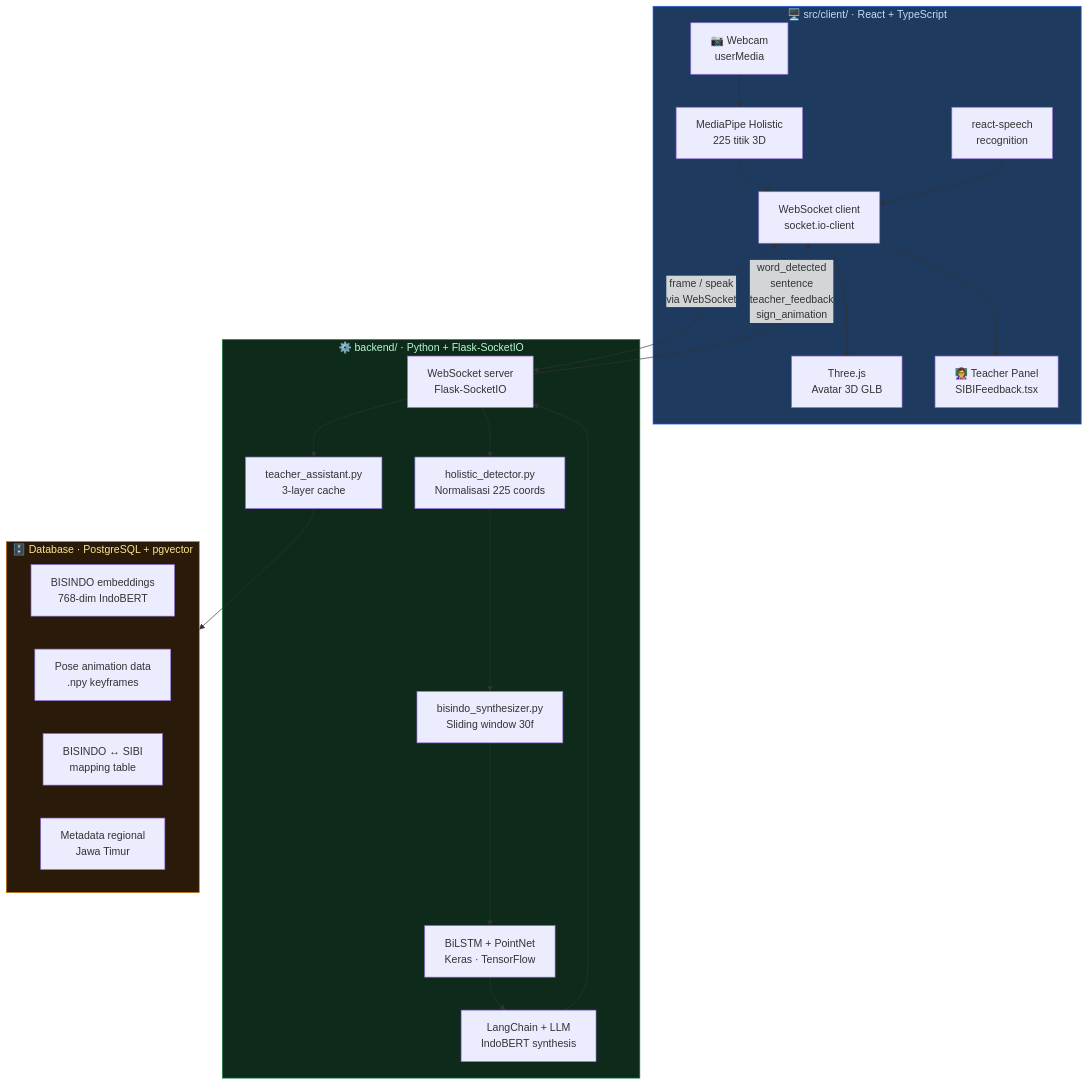
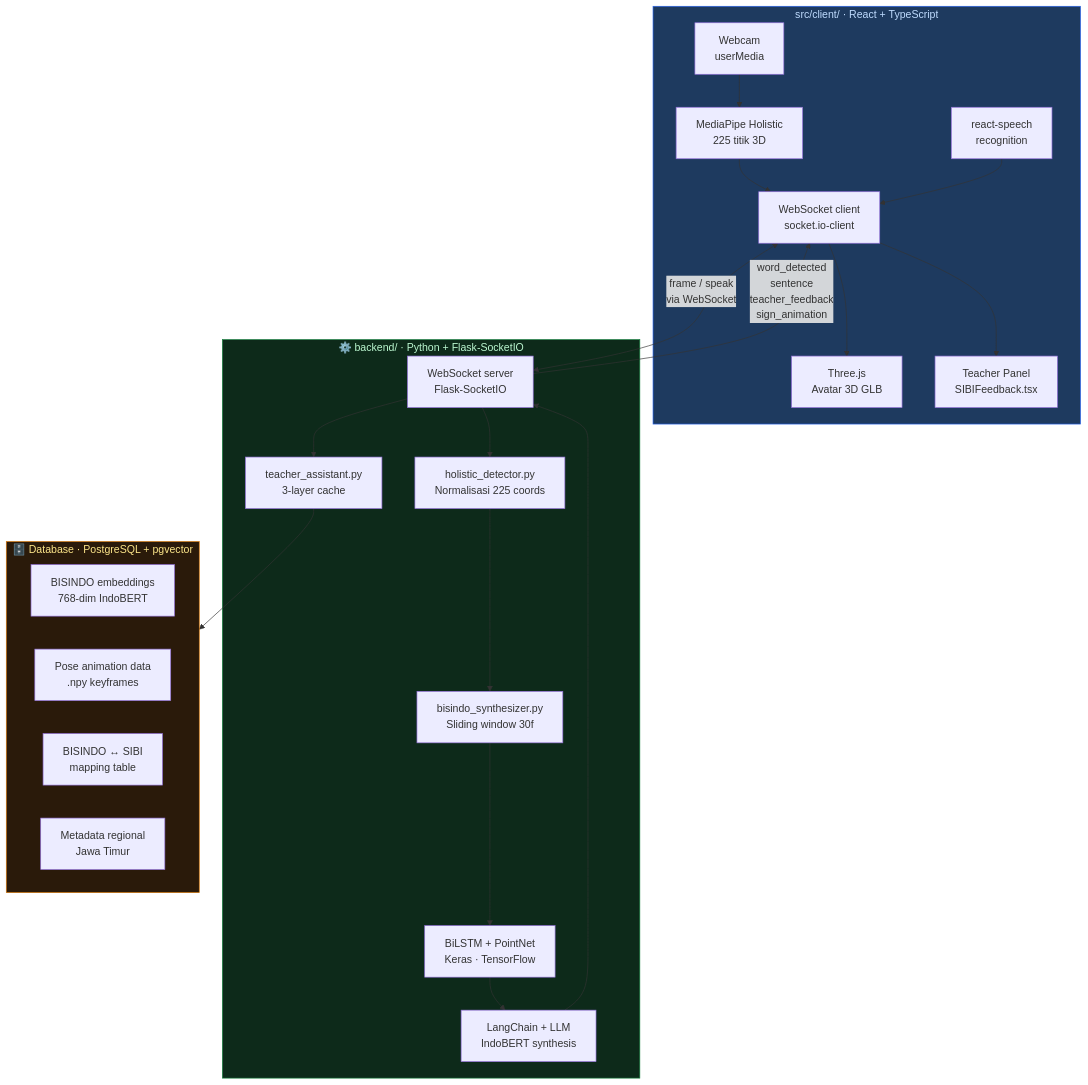
The first of 4 diagrams in README.md (alwnfarhn-netizen/BSINDO-LLM), drawn with Mermaid before and after one commit. The commit also changed other lines of this file, not shown here.

````diff
--- a/README.md
+++ b/README.md
@@ -85,41 +85,41 @@
 ```mermaid
 graph TB
-    subgraph CLIENT["🖥️  src/client/  ·  React + TypeScript"]
-        CAM["📷 Webcam\nuserMedia"]
+    subgraph CLIENT["src/client/  ·  React + TypeScript"]
+        CAM["Webcam\nuserMedia"]
         MP["MediaPipe Holistic\n225 titik 3D"]
         WS_C["WebSocket client\nsocket.io-client"]
         AVATAR["Three.js\nAvatar 3D GLB"]
-        PANEL["👩‍🏫 Teacher Panel\nSIBIFeedback.tsx"]
+        PANEL["Teacher Panel\nSIBIFeedback.tsx"]
         STT["react-speech\nrecognition"]
     end
 
     subgraph SERVER["⚙️  backend/  ·  Python + Flask-SocketIO"]
         WS_S["WebSocket server\nFlask-SocketIO"]
         HOL["holistic_detector.py\nNormalisasi 225 coords"]
         SYN["bisindo_synthesizer.py\nSliding window 30f"]
         MODEL["BiLSTM + PointNet\nKeras · TensorFlow"]
         TA["teacher_assistant.py\n3-layer cache"]
         LLM["LangChain + LLM\nIndoBERT synthesis"]
     end
 
     subgraph DB["🗄️  Database  ·  PostgreSQL + pgvector"]
         EMB["BISINDO embeddings\n768-dim IndoBERT"]
         POSE["Pose animation data\n.npy keyframes"]
         SIBI_MAP["BISINDO ↔ SIBI\nmapping table"]
         META["Metadata regional\nJawa Timur"]
     end
 
     CAM --> MP --> WS_C
     STT --> WS_C
     WS_C <-->|"frame / speak\nvia WebSocket"| WS_S
     WS_S --> HOL --> SYN --> MODEL
     MODEL --> LLM --> WS_S
     WS_S --> TA --> DB
     WS_S -->|"word_detected\nsentence\nteacher_feedback\nsign_animation"| WS_C
     WS_C --> AVATAR
     WS_C --> PANEL
 
     style CLIENT fill:#1e3a5f,stroke:#2563eb,color:#bfdbfe
     style SERVER fill:#0d2a1a,stroke:#15803d,color:#bbf7d0
     style DB fill:#2a1a0a,stroke:#d97706,color:#fde68a
 ```
````
